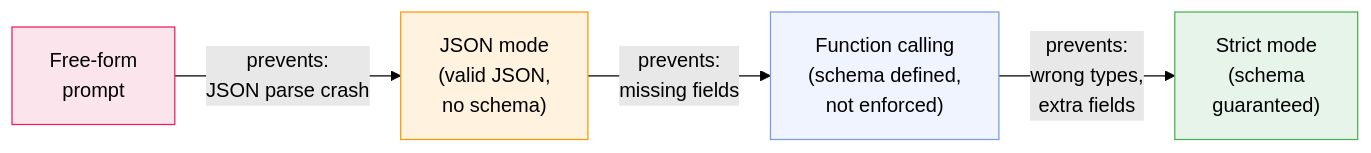
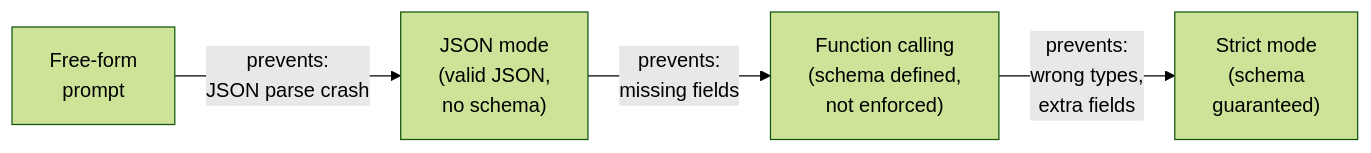
One commit to bchassoul/notes changed diagram 15 of 24 in docs/notes/genstage-broadway-ai.md. Above: the diagram before and after it, drawn with Mermaid (forest theme). The commit also changed other lines of this file and 9 other files, not shown here.

Commit message:
Add diagrams and visual improvements across all notes

````diff
--- a/docs/notes/genstage-broadway-ai.md
+++ b/docs/notes/genstage-broadway-ai.md
@@ -1394,16 +1381,12 @@
 ```mermaid
 flowchart LR
     A["Free-form\nprompt"]
     B["JSON mode\n(valid JSON,\nno schema)"]
     C["Function calling\n(schema defined,\nnot enforced)"]
     D["Strict mode\n(schema\nguaranteed)"]
 
     A -->|"prevents:\nJSON parse crash"| B
     B -->|"prevents:\nmissing fields"| C
     C -->|"prevents:\nwrong types,\nextra fields"| D
 
-    style A fill:#fce4ec,stroke:#e91e63,color:#000
-    style B fill:#fff3e0,stroke:#ff9800,color:#000
-    style C fill:#f0f4ff,stroke:#7b9cde,color:#000
-    style D fill:#e6f4ea,stroke:#4caf50,color:#000
 ```
````
